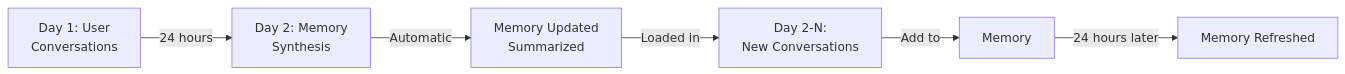
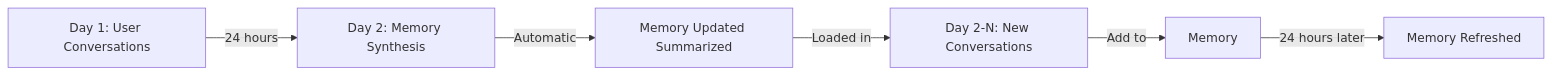
One commit to Rx782-Fss/claude-howto-zh changed the fifth of 5 diagrams in claude-howto-zh/02-memory/README.md. Above: the diagram before and after it, drawn with Mermaid. The commit also changed other lines of this file and 8 other files, not shown here.

First line of the commit message:
fix: 清除所有 Mermaid 内的 GitHub 不兼容内容

````diff
--- a/claude-howto-zh/02-memory/README.md
+++ b/claude-howto-zh/02-memory/README.md
@@ -857,8 +857,8 @@
 ```mermaid
 graph LR
-    A["Day 1: User<br/>Conversations"] -->|24 hours| B["Day 2: Memory<br/>Synthesis"]
-    B -->|Automatic| C["Memory Updated<br/>Summarized"]
-    C -->|Loaded in| D["Day 2-N:<br/>New Conversations"]
+    A["Day 1: User Conversations"] -->|24 hours| B["Day 2: Memory Synthesis"]
+    B -->|Automatic| C["Memory Updated Summarized"]
+    C -->|Loaded in| D["Day 2-N: New Conversations"]
     D -->|Add to| E["Memory"]
     E -->|24 hours later| F["Memory Refreshed"]
 ```
````
